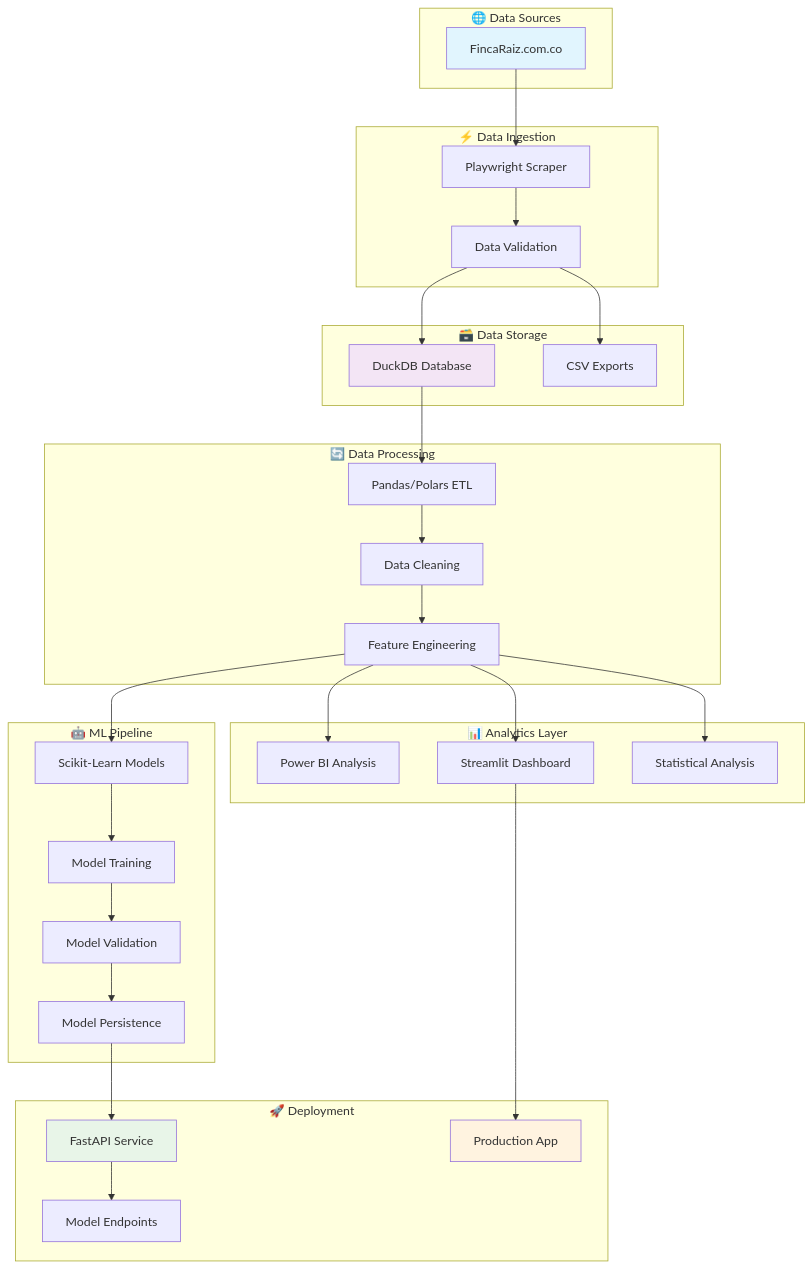
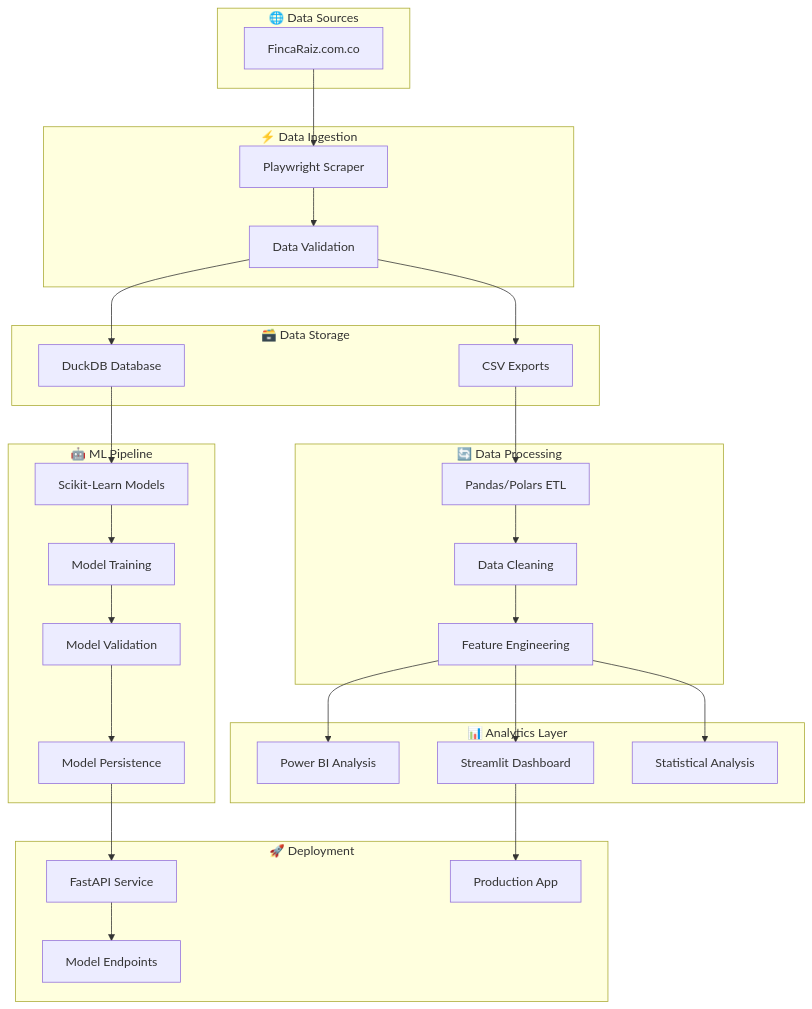
One commit to K31NER/InmoPipeline changed the first of 5 diagrams in README.md. Above: the diagram before and after it, drawn with Mermaid.

Commit message:
fix: diagrama de arquitectura

````diff
--- a/README.md
+++ b/README.md
@@ -54,64 +54,59 @@
 ```mermaid
 graph TB
     subgraph "🌐 Data Sources"
         A[FincaRaiz.com.co]
     end
     
     subgraph "⚡ Data Ingestion"
         B[Playwright Scraper]
         C[Data Validation]
     end
     
     subgraph "🗃️ Data Storage"
         D[DuckDB Database]
         E[CSV Exports]
     end
     
     subgraph "🔄 Data Processing"
         F[Pandas/Polars ETL]
         G[Data Cleaning]
         H[Feature Engineering]
     end
     
     subgraph "📊 Analytics Layer"
         I[Power BI Analysis]
         J[Streamlit Dashboard]
         K[Statistical Analysis]
     end
     
     subgraph "🤖 ML Pipeline"
         L[Scikit-Learn Models]
         M[Model Training]
         N[Model Validation]
         O[Model Persistence]
     end
     
     subgraph "🚀 Deployment"
         P[FastAPI Service]
         Q[Production App]
         R[Model Endpoints]
     end
     
     A --> B
     B --> C
     C --> D
     C --> E
-    D --> F
+    E --> F
     F --> G
     G --> H
     H --> I
     H --> J
     H --> K
-    H --> L
+    D --> L
     L --> M
     M --> N
     N --> O
     O --> P
     P --> R
     J --> Q
-    
-    style A fill:#e1f5fe
-    style D fill:#f3e5f5
-    style P fill:#e8f5e8
-    style Q fill:#fff3e0
 ```
````
